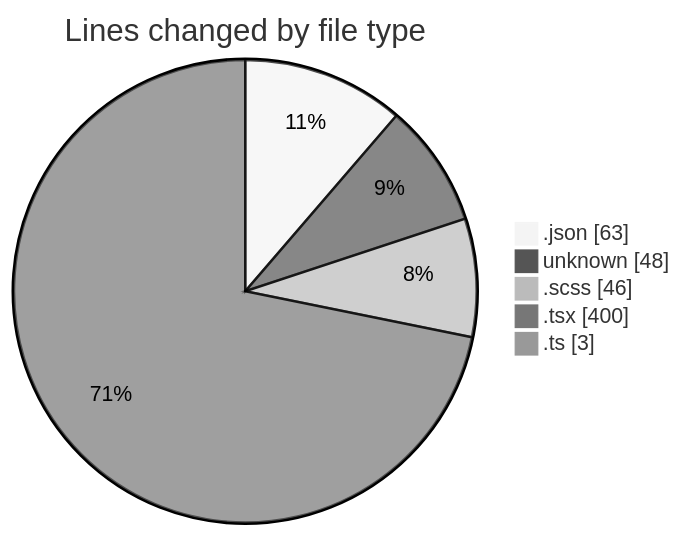
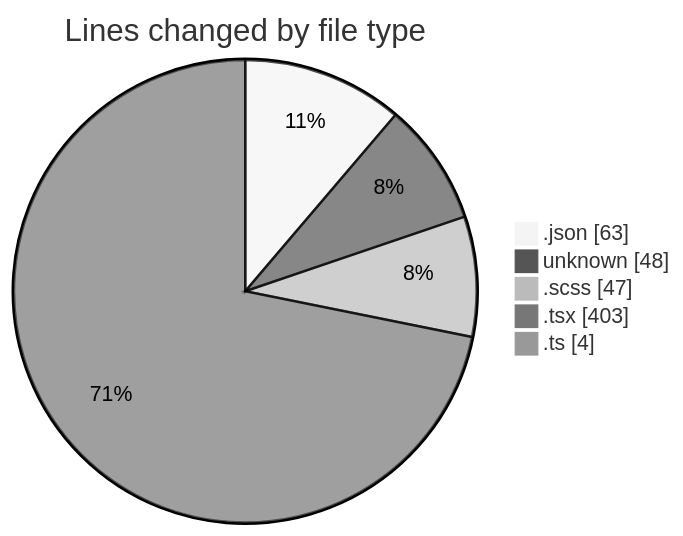
The first of 2 diagrams in 2026-04-24/ise-web-ofcom/README.md (momahboobian/code-tracking), drawn with Mermaid (neutral theme) before and after one commit. The commit also changed other lines of this file and 1 other file, not shown here.

````diff
--- a/2026-04-24/ise-web-ofcom/README.md
+++ b/2026-04-24/ise-web-ofcom/README.md
@@ -26,9 +26,9 @@
 ```mermaid
 pie showData
 title Lines changed by file type
 ".json" : 63
 "unknown" : 48
-".scss" : 46
-".tsx" : 400
-".ts" : 3
+".scss" : 47
+".tsx" : 403
+".ts" : 4
 ```
````
